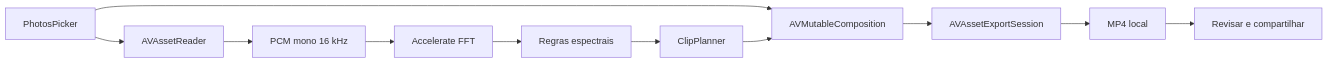
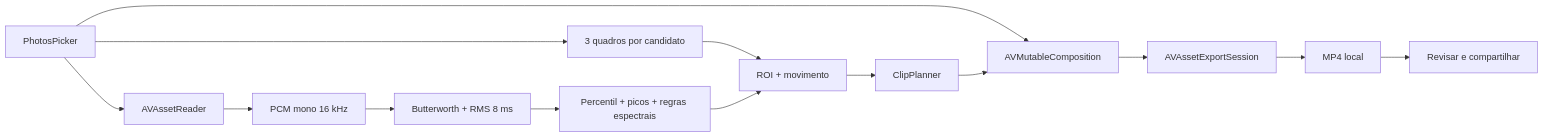
One commit to matheus3301/tennis-clips changed the diagram in ios/README.md. Above: the diagram before and after it, drawn with Mermaid. The commit also changed other lines of this file and 12 other files, not shown here.

````diff
--- a/ios/README.md
+++ b/ios/README.md
@@ -8,13 +8,16 @@
 ```mermaid
 flowchart LR
     A[PhotosPicker] --> B[AVAssetReader]
     B --> C[PCM mono 16 kHz]
-    C --> D[Accelerate FFT]
-    D --> E[Regras espectrais]
-    E --> F[ClipPlanner]
+    C --> D[Butterworth + RMS 8 ms]
+    D --> E[Percentil + picos + regras espectrais]
+    A --> V[3 quadros por candidato]
+    V --> M[ROI + movimento]
+    E --> M
+    M --> F[ClipPlanner]
     A --> G[AVMutableComposition]
     F --> G
     G --> H[AVAssetExportSession]
     H --> I[MP4 local]
     I --> J[Revisar e compartilhar]
 ```
````
